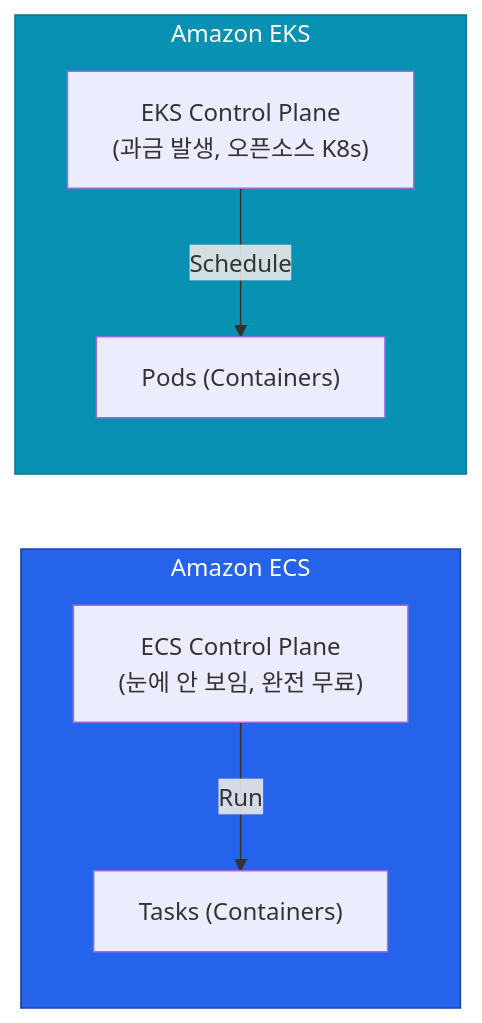
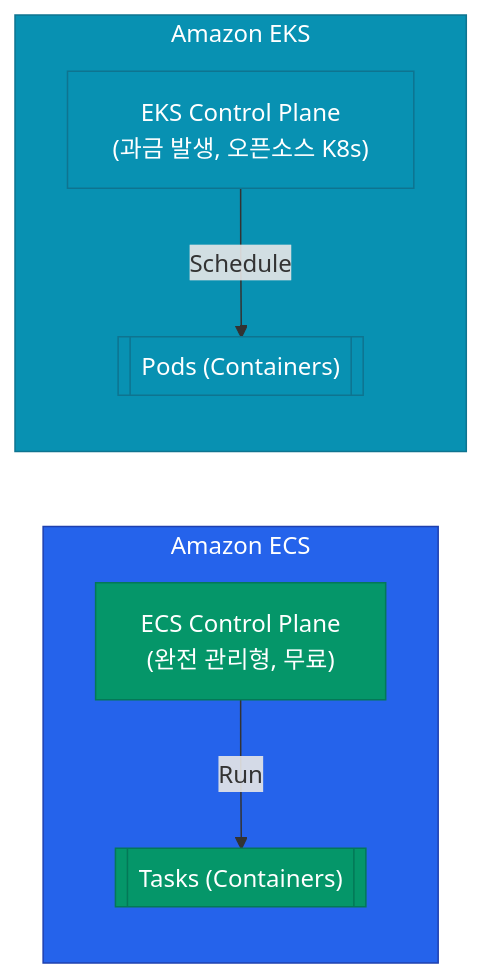
The diagram in _posts/cloud-infrastructure/2026-04-20-aws-03-compute.md (No1Joon/No1Joon.github.io), drawn with Mermaid before and after one commit. The commit also changed other lines of this file and 36 other files, not shown here.

````diff
--- a/_posts/cloud-infrastructure/2026-04-20-aws-03-compute.md
+++ b/_posts/cloud-infrastructure/2026-04-20-aws-03-compute.md
@@ -33,22 +33,29 @@
 ```mermaid
 flowchart LR
     subgraph _ecs [Amazon ECS]
-        ECS_CP["ECS Control Plane<br/>(눈에 안 보임, 완전 무료)"]
-        ECS_Task["Tasks (Containers)"]
+        ECS_CP["ECS Control Plane<br/>(완전 관리형, 무료)"]
+        ECS_Task[["Tasks (Containers)"]]
         
         ECS_CP -->|"Run"| ECS_Task
     end
 
     subgraph _eks [Amazon EKS]
         EKS_CP["EKS Control Plane<br/>(과금 발생, 오픈소스 K8s)"]
-        EKS_Pod["Pods (Containers)"]
+        EKS_Pod[["Pods (Containers)"]]
         
         EKS_CP -->|"Schedule"| EKS_Pod
     end
     
     classDef primary fill:#2563eb,stroke:#1e40af,color:#ffffff
+    classDef success fill:#059669,stroke:#047857,color:#ffffff
+    classDef warn fill:#d97706,stroke:#b45309,color:#ffffff
+    classDef danger fill:#dc2626,stroke:#991b1b,color:#ffffff
     classDef info fill:#0891b2,stroke:#0e7490,color:#ffffff
-    
+    classDef neutral fill:#475569,stroke:#334155,color:#ffffff
+    classDef muted fill:#e2e8f0,stroke:#94a3b8,color:#0f172a
+
     class _ecs primary
+    class ECS_CP,ECS_Task success
     class _eks info
+    class EKS_CP,EKS_Pod info
 ```
````
